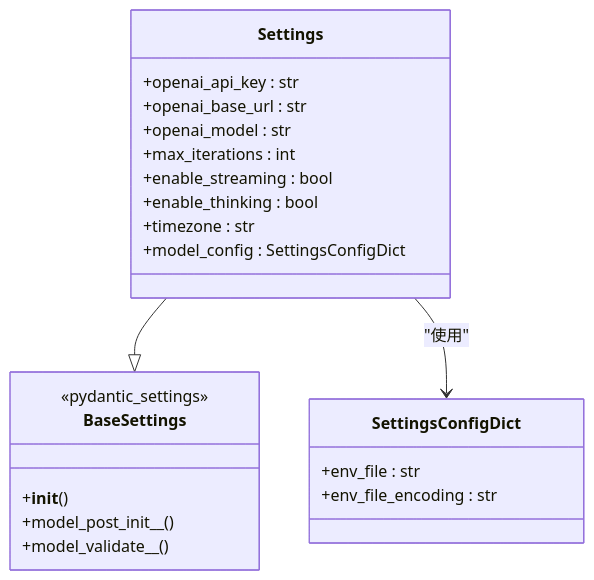
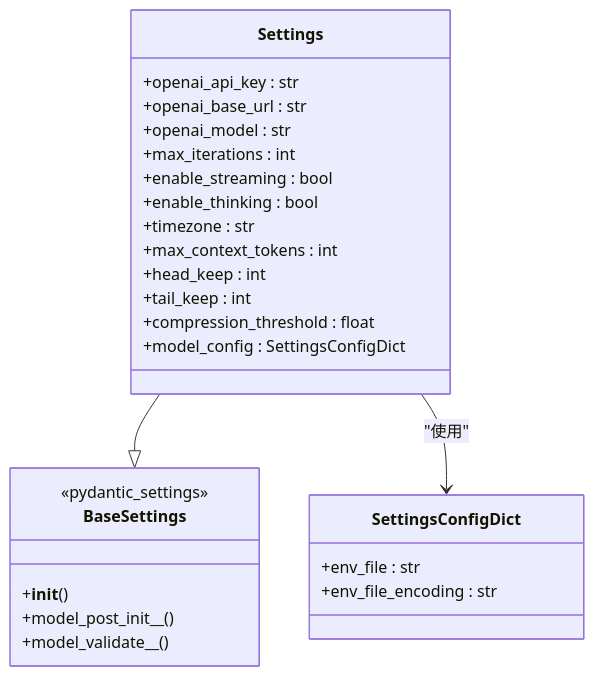
The second of 7 diagrams in .qoder/repowiki/zh/content/核心模块详解/配置管理系统.md (250shiwo/MySmallAgent), drawn with Mermaid before and after one commit. The commit also changed other lines of this file and 41 other files, not shown here.

````diff
--- a/.qoder/repowiki/zh/content/核心模块详解/配置管理系统.md
+++ b/.qoder/repowiki/zh/content/核心模块详解/配置管理系统.md
@@ -107,25 +107,29 @@
 ```mermaid
 classDiagram
 class BaseSettings {
 <<pydantic_settings>>
 +__init__()
 +model_post_init__()
 +model_validate__()
 }
 class Settings {
 +openai_api_key : str
 +openai_base_url : str
 +openai_model : str
 +max_iterations : int
 +enable_streaming : bool
 +enable_thinking : bool
 +timezone : str
++max_context_tokens : int
++head_keep : int
++tail_keep : int
++compression_threshold : float
 +model_config : SettingsConfigDict
 }
 class SettingsConfigDict {
 +env_file : str
 +env_file_encoding : str
 }
 Settings --|> BaseSettings
 Settings --> SettingsConfigDict : "使用"
 ```
````
